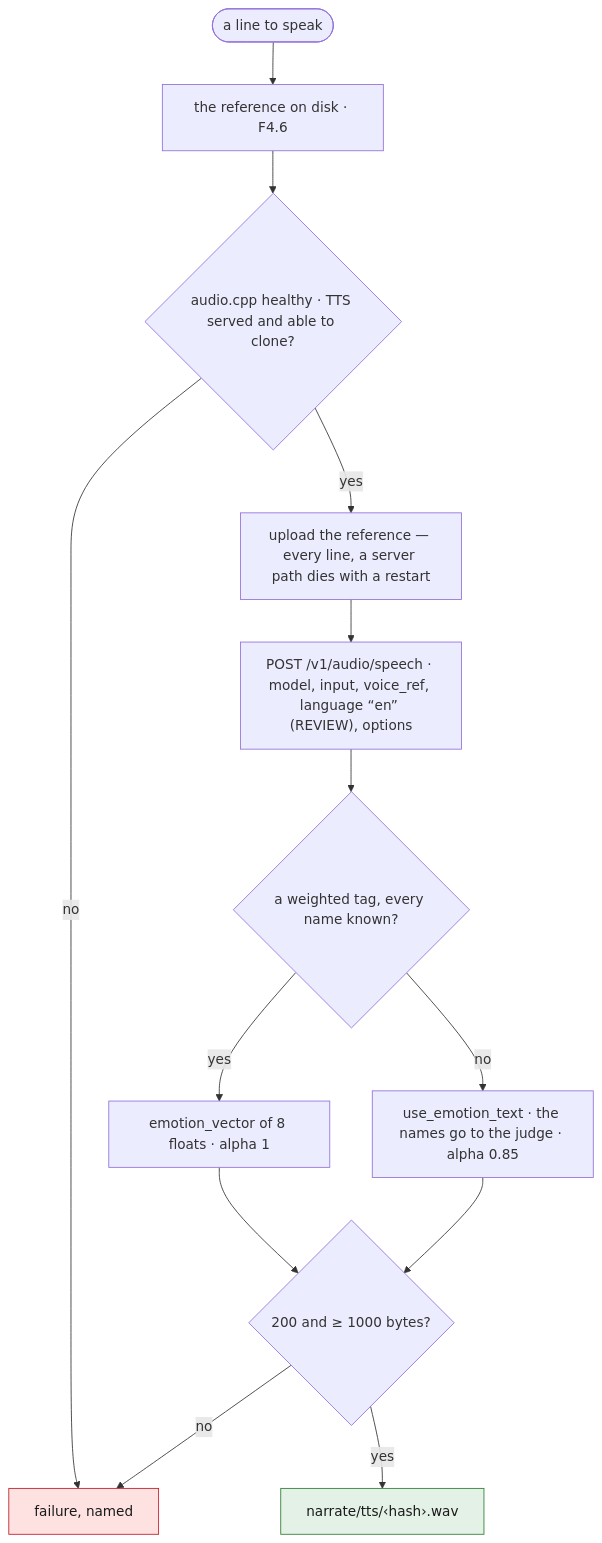
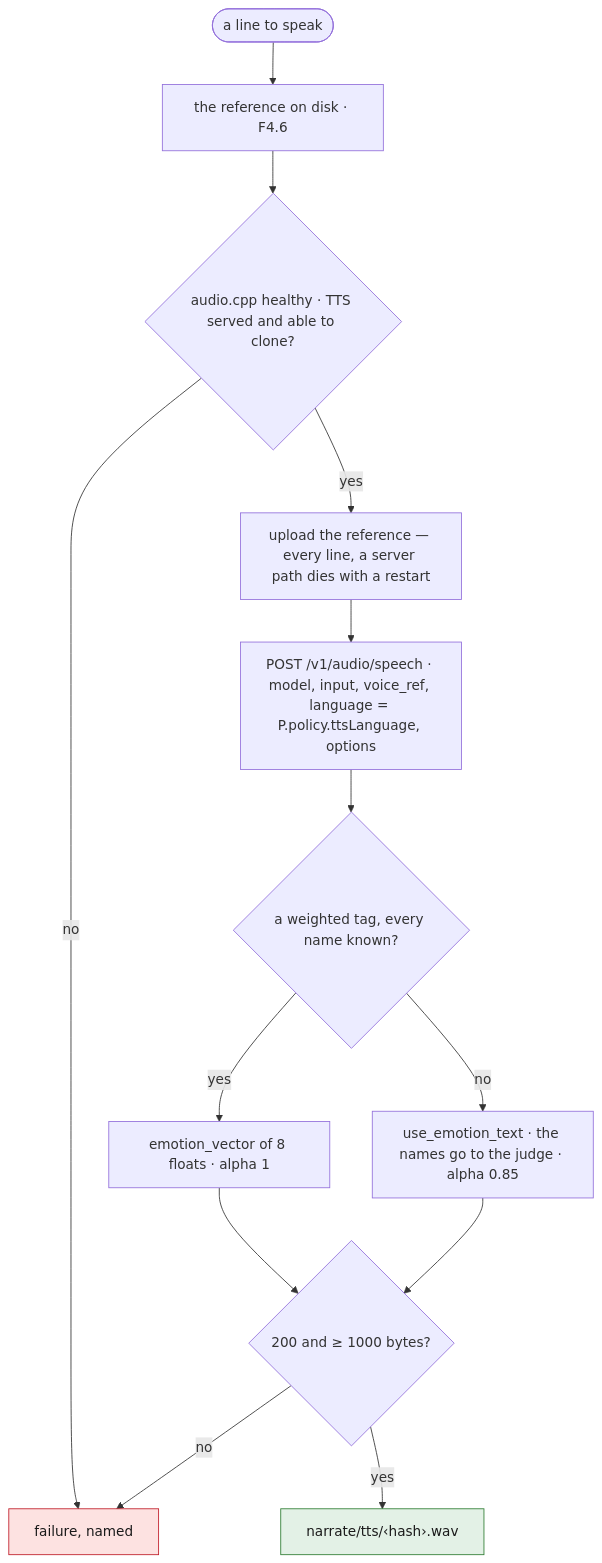
Before and after one commit to tbocek/naivepost: the fourth of 8 diagrams in spec/07-narrate.md, drawn with Mermaid. The commit also changed other lines of this file and 16 other files, not shown here.

````diff
--- a/spec/07-narrate.md
+++ b/spec/07-narrate.md
@@ -114,18 +114,18 @@
 ```mermaid
 flowchart TD
   A(["a line to speak"]) --> REF["the reference on disk · F4.6"]
   REF --> H{"audio.cpp healthy · TTS served and able to clone?"}
   H -- no --> R["failure, named"]:::refuse
   H -- yes --> UP["upload the reference — every line, a server path dies with a restart"]
-  UP --> RQ["POST /v1/audio/speech · model, input, voice_ref, language “en” (REVIEW), options"]
+  UP --> RQ["POST /v1/audio/speech · model, input, voice_ref, language = P.policy.ttsLanguage, options"]
   RQ --> EM{"a weighted tag, every name known?"}
   EM -- yes --> VEC["emotion_vector of 8 floats · alpha 1"]
   EM -- no --> JD["use_emotion_text · the names go to the judge · alpha 0.85"]
   VEC --> OUT
   JD --> OUT{"200 and ≥ 1000 bytes?"}
   OUT -- no --> R
   OUT -- yes --> W["narrate/tts/‹hash›.wav"]:::done
   classDef refuse fill:#fde2e1,stroke:#c01c28,color:#1a1a1a
   classDef done fill:#e3f1e6,stroke:#2e7d32,color:#1a1a1a
   classDef ask fill:#e8eefc,stroke:#3a63c8,color:#1a1a1a
 ```
````
